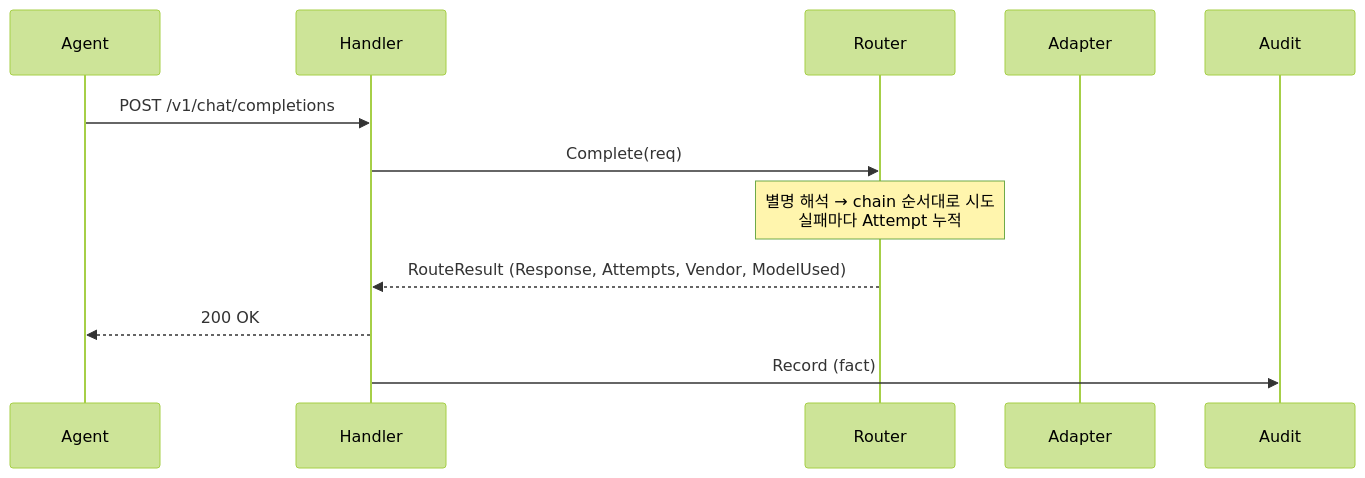
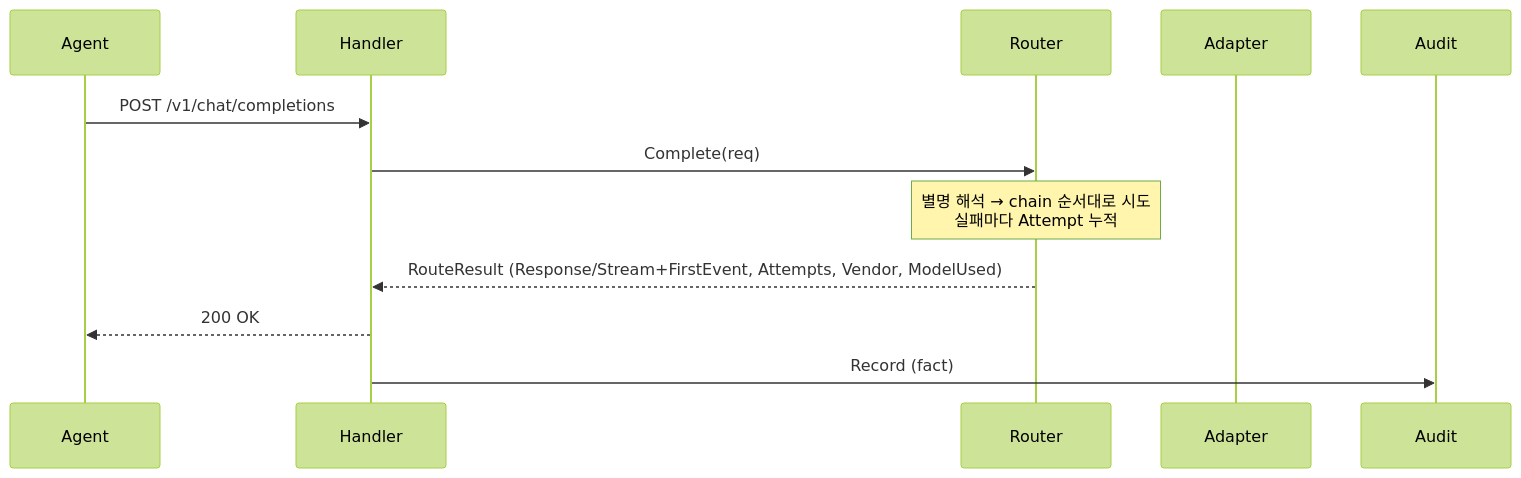
One commit to cagojeiger/llmgate changed the second of 2 diagrams in docs/architecture.md. Above: the diagram before and after it, drawn with Mermaid (forest theme). The commit also changed other lines of this file and 2 other files, not shown here.

Commit message:
Sync docs to current code: protocol field, env list, FirstEvent flow

````diff
--- a/docs/architecture.md
+++ b/docs/architecture.md
@@ -97,15 +113,15 @@
 ```mermaid
 sequenceDiagram
     participant A as Agent
     participant H as Handler
     participant R as Router
     participant P as Adapter
     participant Au as Audit
 
     A->>H: POST /v1/chat/completions
     H->>R: Complete(req)
     Note over R: 별명 해석 → chain 순서대로 시도<br/>실패마다 Attempt 누적
-    R-->>H: RouteResult (Response, Attempts, Vendor, ModelUsed)
+    R-->>H: RouteResult (Response/Stream+FirstEvent, Attempts, Vendor, ModelUsed)
     H-->>A: 200 OK
     H->>Au: Record (fact)
 ```
````
